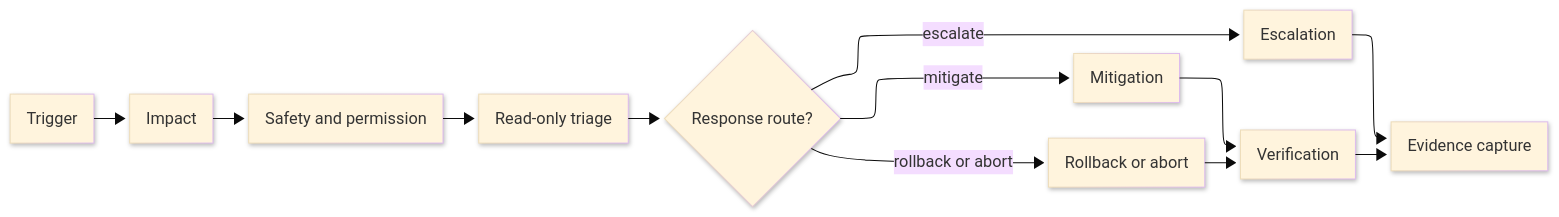
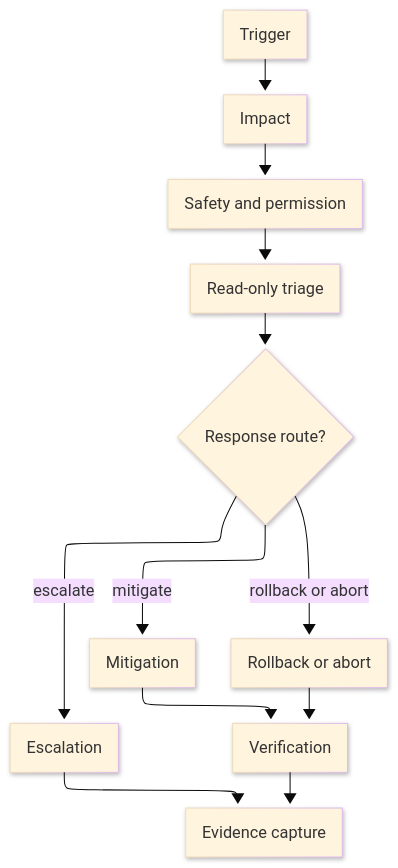
One commit to bsamiee/Rasm changed the diagram in docs/standards/task/runbook.md. Above: the diagram before and after it, drawn with Mermaid. The commit also changed other lines of this file and 70 other files, not shown here.

````diff
--- a/docs/standards/task/runbook.md
+++ b/docs/standards/task/runbook.md
@@ -57,26 +60,26 @@
 ```mermaid
 ---
 config:
   layout: elk
   look: neo
   theme: base
   elk:
     mergeEdges: false
     nodePlacementStrategy: BRANDES_KOEPF
     cycleBreakingStrategy: GREEDY_MODEL_ORDER
 ---
-flowchart LR
+flowchart TB
     accTitle: Runbook response path
     accDescr: A runbook starts from a trigger, states impact and safety, runs read-only triage, chooses mitigation, rollback, or escalation, verifies recovery or containment, and captures evidence.
     Trigger["Trigger"] --> Impact["Impact"]
     Impact --> Safety["Safety and permission"]
     Safety --> Triage["Read-only triage"]
     Triage --> Decision{"Response route?"}
     Decision -->|mitigate| Mitigation["Mitigation"]
     Decision -->|rollback or abort| Rollback["Rollback or abort"]
     Decision -->|escalate| Escalation["Escalation"]
     Mitigation --> Verification["Verification"]
     Rollback --> Verification
     Escalation --> Evidence["Evidence capture"]
     Verification --> Evidence
 ```
````
